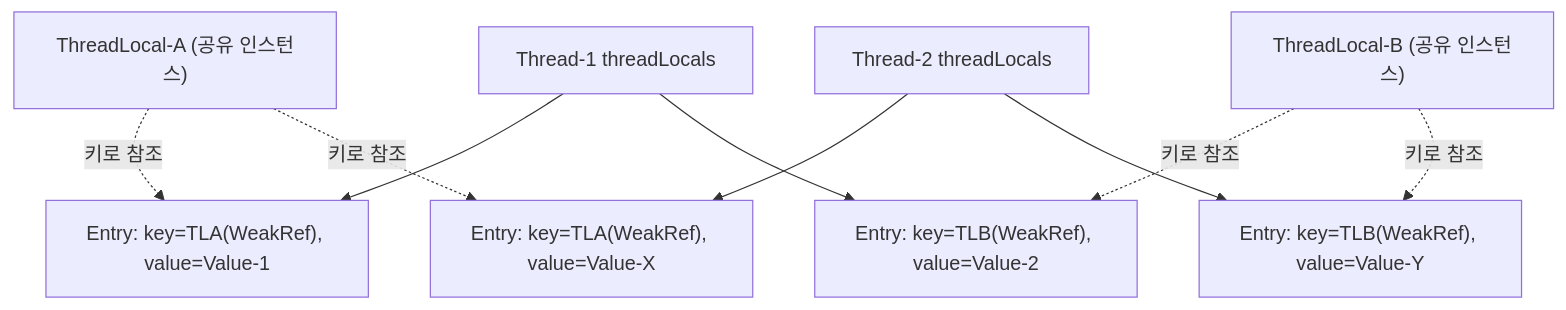
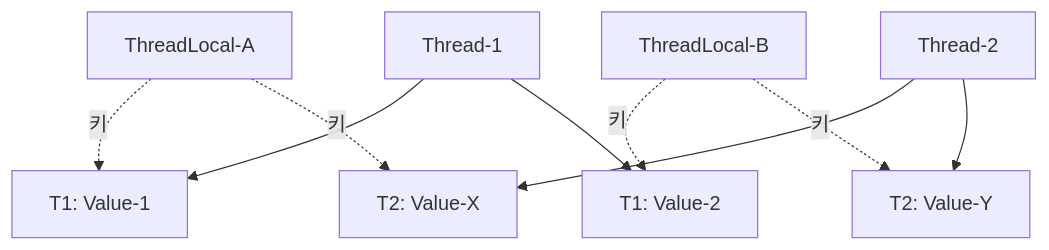
The second of 5 diagrams in _posts/java/2026-05-01-java-threadlocal.md (yjkim2015/yjkim2015.github.io), drawn with Mermaid before and after one commit. The commit also changed other lines of this file and 215 other files, not shown here.

First line of the commit message:
신규 포스트 10개 추가 + Mermaid 전면 축소 + SystemDesign 시리즈 보강

````diff
--- a/_posts/java/2026-05-01-java-threadlocal.md
+++ b/_posts/java/2026-05-01-java-threadlocal.md
@@ -109,22 +98,11 @@
 ```mermaid
 graph TD
-    TLA["ThreadLocal-A (공유 인스턴스)"]
-    TLB["ThreadLocal-B (공유 인스턴스)"]
-
-    T1["Thread-1 threadLocals"]
-    T2["Thread-2 threadLocals"]
-
-    E1A["Entry: key=TLA(WeakRef), value=Value-1"]
-    E1B["Entry: key=TLB(WeakRef), value=Value-2"]
-    E2A["Entry: key=TLA(WeakRef), value=Value-X"]
-    E2B["Entry: key=TLB(WeakRef), value=Value-Y"]
-
-    T1 --> E1A
+    TLA["ThreadLocal-A"] -.->|키| E1A["T1: Value-1"]
+    TLA -.->|키| E2A["T2: Value-X"]
+    TLB["ThreadLocal-B"] -.->|키| E1B["T1: Value-2"]
+    TLB -.->|키| E2B["T2: Value-Y"]
+    T1["Thread-1"] --> E1A
     T1 --> E1B
-    T2 --> E2A
+    T2["Thread-2"] --> E2A
     T2 --> E2B
-    TLA -.->|"키로 참조"| E1A
-    TLA -.->|"키로 참조"| E2A
-    TLB -.->|"키로 참조"| E1B
-    TLB -.->|"키로 참조"| E2B
 ```
````
